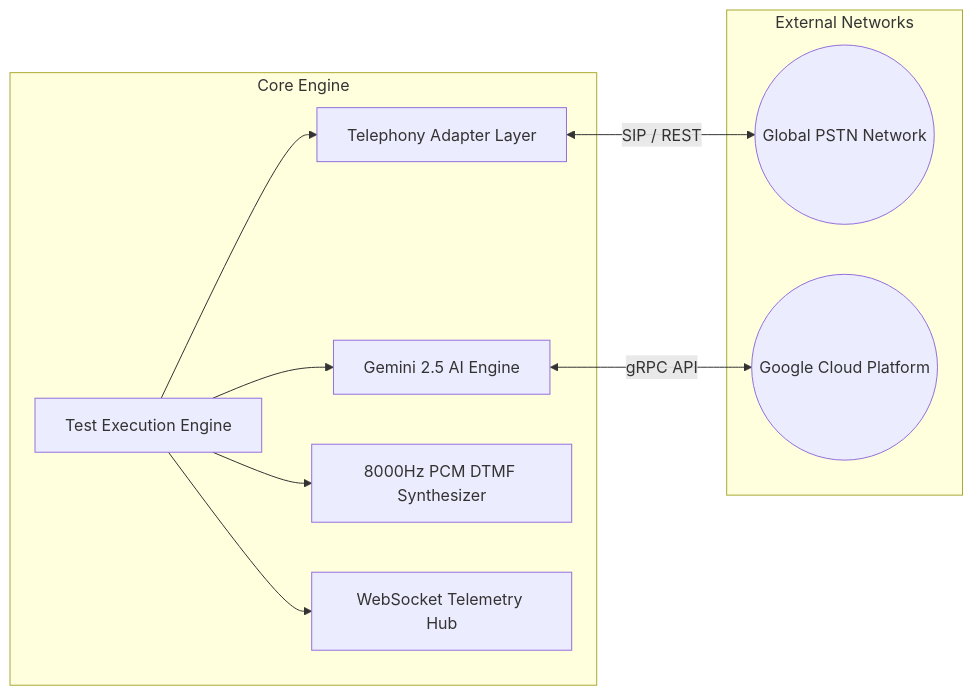
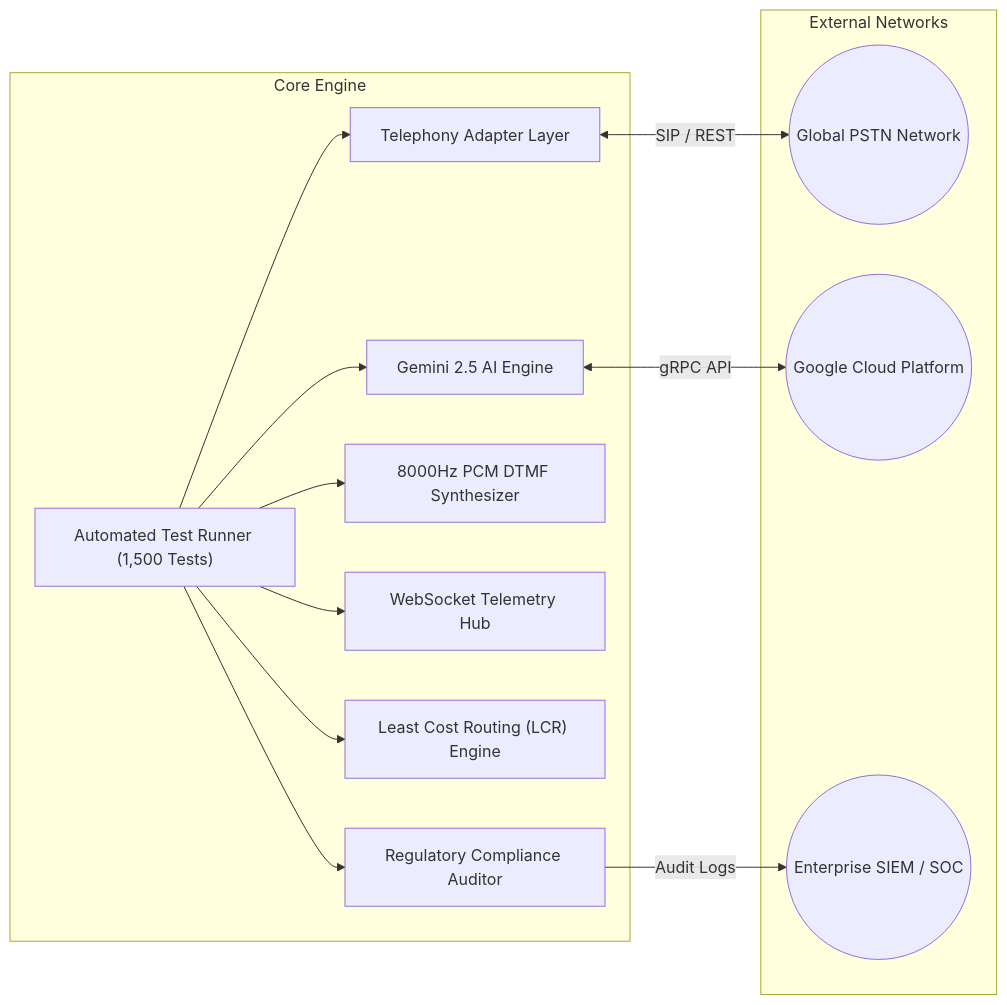
One commit to atreyayelishetti/voxpulse-ai-enterprise changed the second of 4 diagrams in docs/01_HIGH_LEVEL_ARCHITECTURE.md. Above: the diagram before and after it, drawn with Mermaid. The commit also changed other lines of this file and 9 other files, not shown here.

Commit message:
docs: synchronize complete 10-file enterprise architecture documentation suite (107 modules, 27 REST endpoints, 1,500 tests)

````diff
--- a/docs/01_HIGH_LEVEL_ARCHITECTURE.md
+++ b/docs/01_HIGH_LEVEL_ARCHITECTURE.md
@@ -49,22 +49,28 @@
 ```mermaid
 flowchart LR
     subgraph Core Engine
-        TA[Telephony Adapter Layer]
-        GE[Gemini 2.5 AI Engine]
-        DTMF[8000Hz PCM DTMF Synthesizer]
-        TE[Test Execution Engine]
-        WS[WebSocket Telemetry Hub]
+        TA["Telephony Adapter Layer"]
+        GE["Gemini 2.5 AI Engine"]
+        DTMF["8000Hz PCM DTMF Synthesizer"]
+        TE["Automated Test Runner (1,500 Tests)"]
+        WS["WebSocket Telemetry Hub"]
+        LCR["Least Cost Routing (LCR) Engine"]
+        CA["Regulatory Compliance Auditor"]
     end
 
     subgraph External Networks
-        PSTN((Global PSTN Network))
-        GCP((Google Cloud Platform))
+        PSTN(("Global PSTN Network"))
+        GCP(("Google Cloud Platform"))
+        SIEM(("Enterprise SIEM / SOC"))
     end
 
     TA <-->|SIP / REST| PSTN
     GE <-->|gRPC API| GCP
+    CA -->|Audit Logs| SIEM
     TE --> TA
     TE --> GE
     TE --> DTMF
     TE --> WS
+    TE --> LCR
+    TE --> CA
 ```
````
